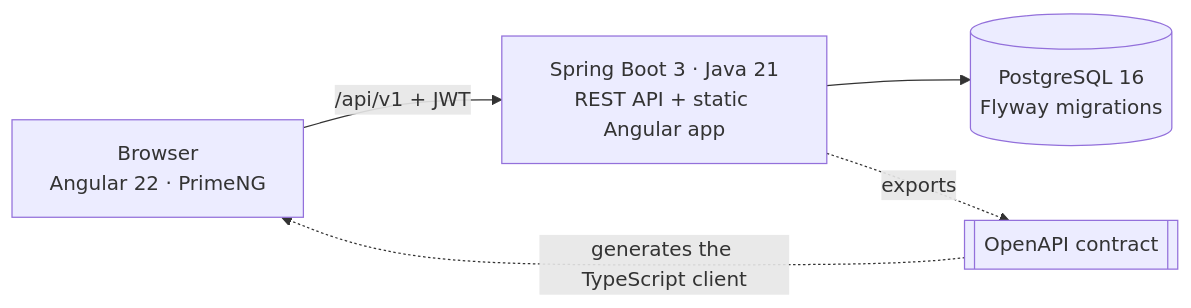
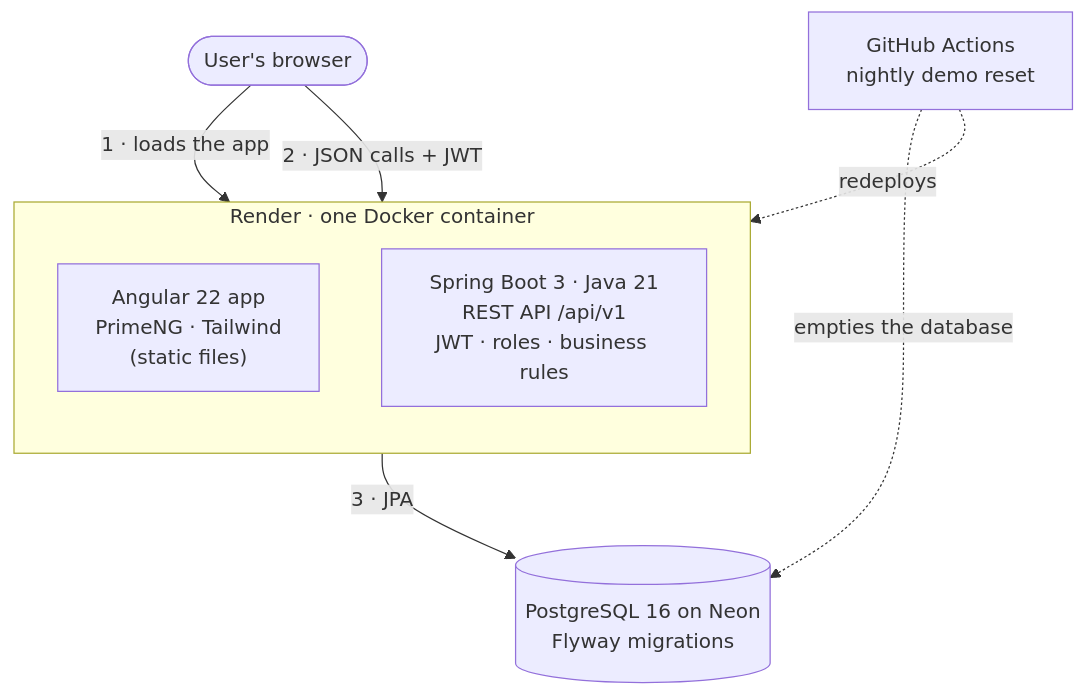
One commit to SalaheddineBns/apptracer changed the diagram in README.md. Above: the diagram before and after it, drawn with Mermaid. The commit also changed other lines of this file, not shown here.

Commit message:
docs: clearer top-down architecture diagram in the readme

````diff
--- a/README.md
+++ b/README.md
@@ -37,7 +37,19 @@
 ```mermaid
-flowchart LR
-    B["Browser<br/>Angular 22 · PrimeNG"] -->|"/api/v1 + JWT"| S["Spring Boot 3 · Java 21<br/>REST API + static Angular app"]
-    S --> D[("PostgreSQL 16<br/>Flyway migrations")]
-    S -.->|exports| C[["OpenAPI contract"]]
-    C -.->|generates the TypeScript client| B
+flowchart TB
+    user(["User's browser"])
+
+    subgraph render["Render · one Docker container"]
+        direction TB
+        spa["Angular 22 app<br/>PrimeNG · Tailwind<br/>(static files)"]
+        api["Spring Boot 3 · Java 21<br/>REST API /api/v1<br/>JWT · roles · business rules"]
+    end
+
+    db[("PostgreSQL 16 on Neon<br/>Flyway migrations")]
+    reset["GitHub Actions<br/>nightly demo reset"]
+
+    user -->|"1 · loads the app"| spa
+    user -->|"2 · JSON calls + JWT"| api
+    api -->|"3 · JPA"| db
+    reset -.->|"empties the database"| db
+    reset -.->|"redeploys"| render
 ```
````
